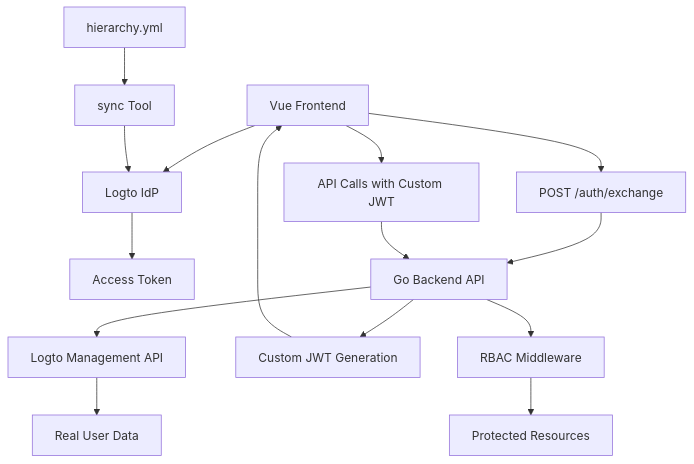
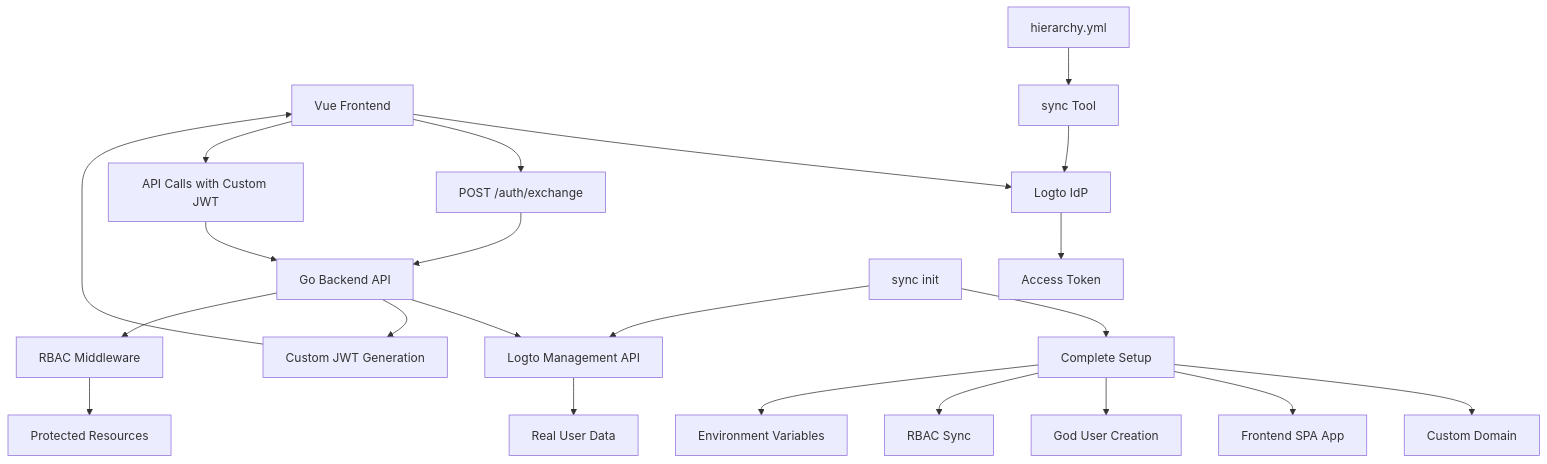
One commit to NethServer/my changed the first of 4 diagrams in DESIGN.md. Above: the diagram before and after it, drawn with Mermaid. The commit also changed other lines of this file and 3 other files, not shown here.

````diff
--- a/DESIGN.md
+++ b/DESIGN.md
@@ -9,18 +9,26 @@
 ```mermaid
 graph TB
     A[Vue Frontend] --> B[Logto IdP]
     B --> C[Access Token]
     A --> D[POST /auth/exchange]
     D --> E[Go Backend API]
     E --> F[Logto Management API]
     F --> G[Real User Data]
     E --> H[Custom JWT Generation]
     H --> A
     A --> I[API Calls with Custom JWT]
     I --> E
     E --> J[RBAC Middleware]
     J --> K[Protected Resources]
 
     L[hierarchy.yml] --> M[sync Tool]
     M --> B
+    
+    N[sync init] --> O[Complete Setup]
+    O --> P[Custom Domain]
+    O --> Q[Frontend SPA App]
+    O --> R[God User Creation]
+    O --> S[RBAC Sync]
+    O --> T[Environment Variables]
+    N --> F
 ```
````
